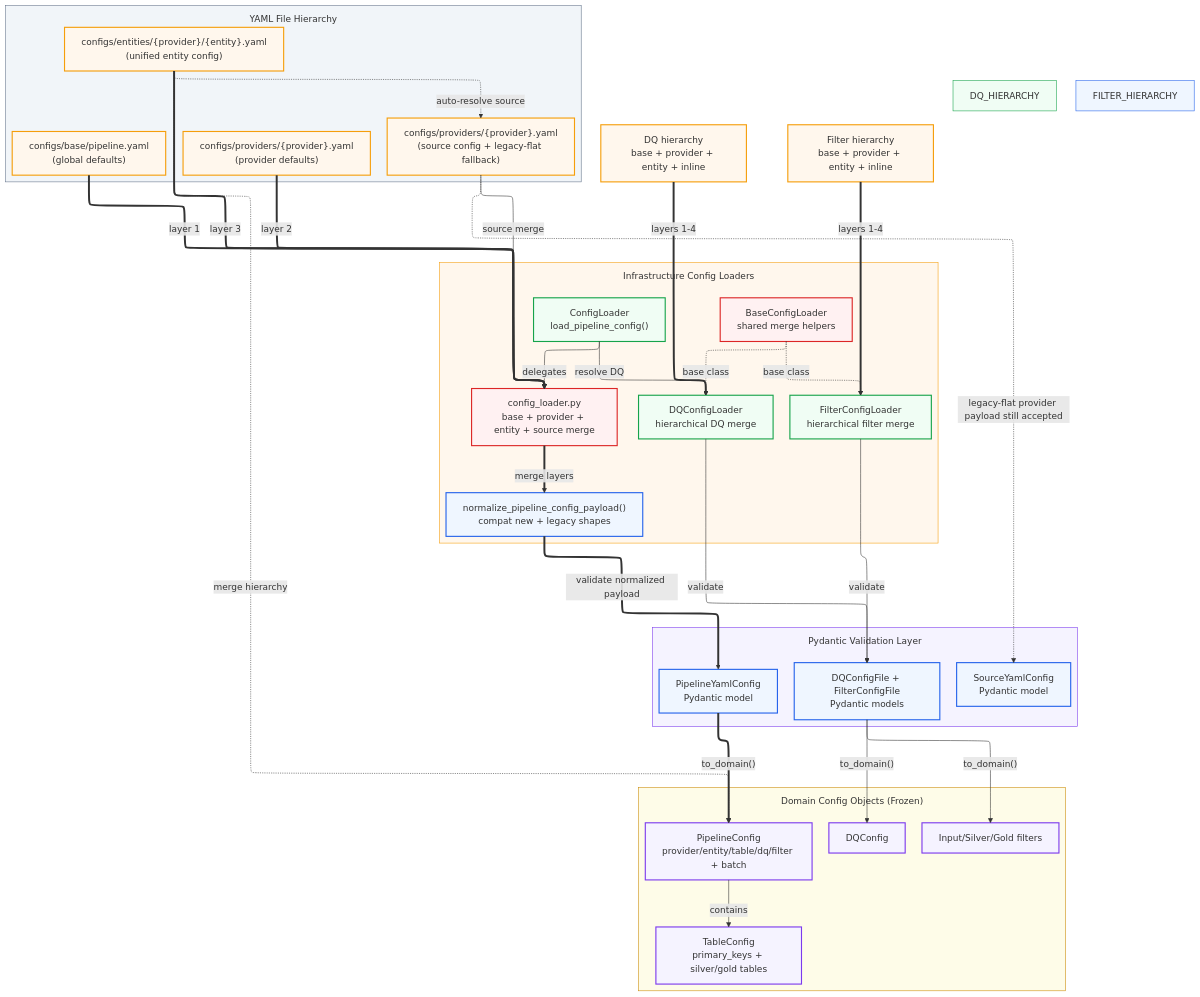
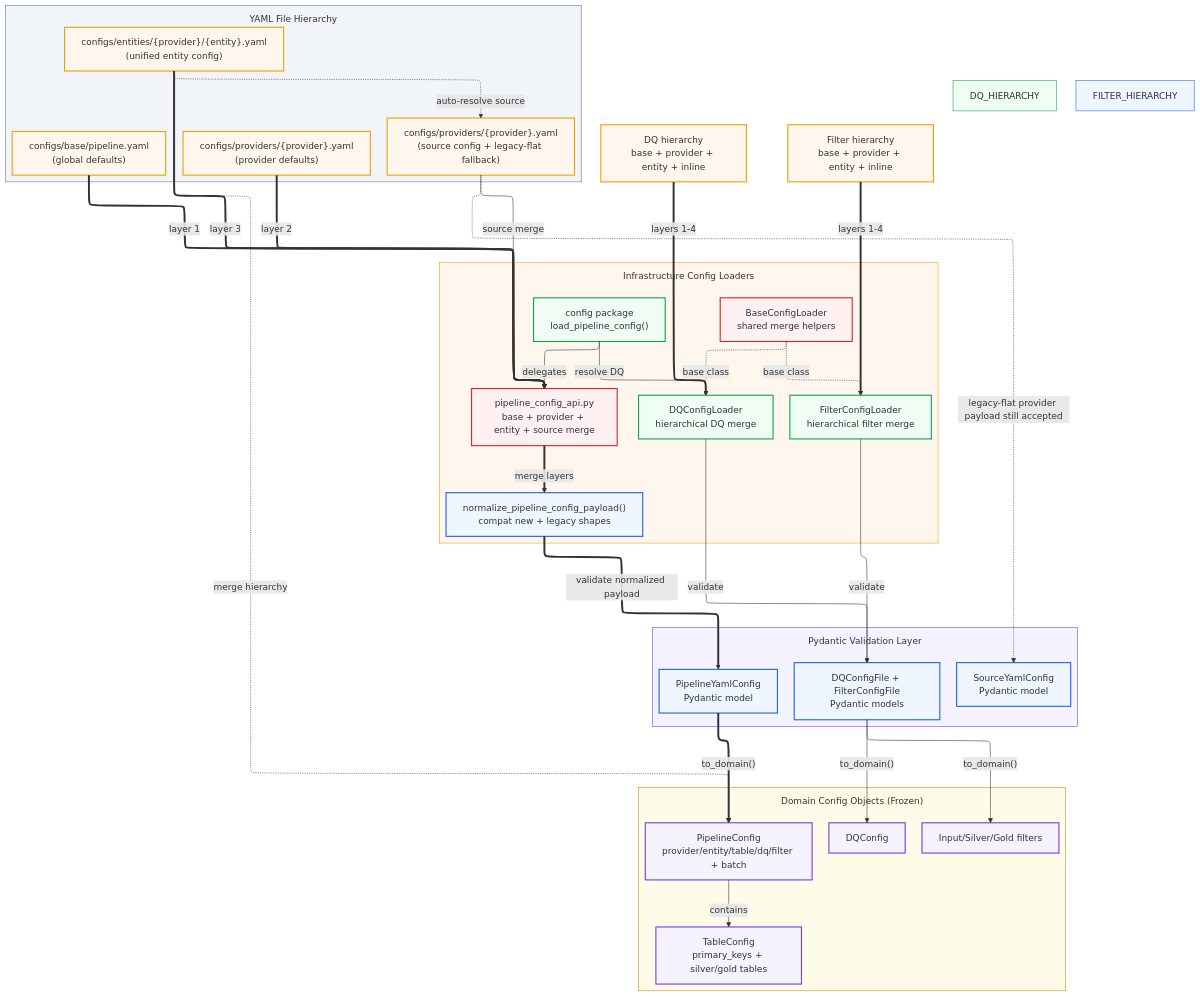
One commit to SatoryKono/BioactivityDataAcquisition changed the diagram in docs/02-architecture/diagrams/foundation/46-yaml-config-resolution.mmd. Above: the diagram before and after it, drawn with Mermaid. The commit also changed 41 other files, not shown here.

First line of the commit message:
Remove legacy config_loader shim and update docs

```diff
--- a/docs/02-architecture/diagrams/foundation/46-yaml-config-resolution.mmd
+++ b/docs/02-architecture/diagrams/foundation/46-yaml-config-resolution.mmd
@@ -1,103 +1,103 @@
 %% Title: YAML Configuration Resolution Chain
-%% Covers: unified config path plus still-active normalization compatibility
+%% Covers: unified config path plus canonical staged normalization flow
 %% Rank: 21 (Score 7.38) — Hierarchical config merge underpins every pipeline
 %% Updated: 2026-03-16
 
 %% @version 1.1.0
 %% @date    2026-03-16
 %% @type    flowchart
 %% @level   Mixed (System / Component / Class)
 %% @nodes   18
 %% @png-scale 6
 %% @png-dpi   600
 
 %%{init: {'layout': 'elk', 'flowchart': {'subGraphTitleMargin': {'top': 12, 'bottom': 12}}, 'elk': {'mergeEdges': true, 'nodePlacementStrategy': 'BRANDES_KOEPF', 'edgeRouting': 'ORTHOGONAL'}}}%%
 %% @uniform width=496 height=128 max_title_len=49 max_desc_lines=5
 flowchart TD
 %% keep-orphan: SOURCE_YAML_CFG, LEGACY_NORMALIZE
     subgraph YAML_FILES["YAML File Hierarchy"]
         direction TB
         BASE["configs/base/pipeline.yaml<br/>(global defaults)"]
         PROVIDER_BASE["configs/providers/{provider}.yaml<br/>(provider defaults)"]
         PIPELINE["configs/entities/{provider}/{entity}.yaml<br/>(unified entity config)"]
         SOURCE["configs/providers/{provider}.yaml<br/>(source config + legacy-flat fallback)"]
     end
 
     DQ_HIER["DQ hierarchy<br/>base + provider + entity + inline"]:::size-md
     FILTER_HIER["Filter hierarchy<br/>base + provider + entity + inline"]:::size-md
 
     subgraph LOADERS["Infrastructure Config Loaders"]
         direction TB
-        CONFIG_LOADER["ConfigLoader<br/>load_pipeline_config()"]
+        CONFIG_LOADER["config package<br/>load_pipeline_config()"]
         BASE_CONFIG_LOADER["BaseConfigLoader<br/>shared merge helpers"]:::size-md
         DQ_CONFIG_LOADER["DQConfigLoader<br/>hierarchical DQ merge"]:::size-md
         FILTER_CONFIG_LOADER["FilterConfigLoader<br/>hierarchical filter merge"]:::size-md
-        YAML_LOADER["config_loader.py<br/>base + provider + entity + source merge"]:::size-md
+        YAML_LOADER["pipeline_config_api.py<br/>base + provider + entity + source merge"]:::size-md
         LEGACY_NORMALIZE["normalize_pipeline_config_payload()<br/>compat new + legacy shapes"]
     end
 
     subgraph DOMAIN_CONFIG["Domain Config Objects (Frozen)"]
         direction TB
         PIPELINE_CONFIG["PipelineConfig<br/>provider/entity/table/dq/filter + batch"]
         TABLE_CONFIG["TableConfig<br/>primary_keys + silver/gold tables"]
         DQ_CONFIG["DQConfig"]:::size-sm
         FILTER_CONFIG["Input/Silver/Gold filters"]:::size-sm
     end
 
     subgraph VALIDATION["Pydantic Validation Layer"]
         direction TB
         PIPELINE_YAML_CFG["PipelineYamlConfig<br/>Pydantic model"]
         SOURCE_YAML_CFG["SourceYamlConfig<br/>Pydantic model"]
         AUX_FILES["DQConfigFile + FilterConfigFile<br/>Pydantic models"]:::size-md
     end
 
     %% Pipeline config resolution
     BASE ==>|"layer 1"| YAML_LOADER
     PROVIDER_BASE ==>|"layer 2"| YAML_LOADER
     PIPELINE ==>|"layer 3"| YAML_LOADER
     SOURCE -->|"source merge"| YAML_LOADER
     YAML_LOADER ==>|"merge layers"| LEGACY_NORMALIZE
     LEGACY_NORMALIZE ==>|"validate normalized payload"| PIPELINE_YAML_CFG
     PIPELINE_YAML_CFG ==>|"to_domain()"| PIPELINE_CONFIG
     PIPELINE_CONFIG -->|"contains"| TABLE_CONFIG
 
     %% DQ resolution
     DQ_HIER ==>|"layers 1-4"| DQ_CONFIG_LOADER
     DQ_CONFIG_LOADER -->|"validate"| AUX_FILES
     AUX_FILES -->|"to_domain()"| DQ_CONFIG
 
     %% Filter resolution
     FILTER_HIER ==>|"layers 1-4"| FILTER_CONFIG_LOADER
     FILTER_CONFIG_LOADER -->|"validate"| AUX_FILES
     AUX_FILES -->|"to_domain()"| FILTER_CONFIG
 
     %% Inheritance
     BASE_CONFIG_LOADER -.->|"base class"| DQ_CONFIG_LOADER
     BASE_CONFIG_LOADER -.->|"base class"| FILTER_CONFIG_LOADER
     CONFIG_LOADER -->|"delegates"| YAML_LOADER
     CONFIG_LOADER -->|"resolve DQ"| DQ_CONFIG_LOADER
 
     %% Convention-based auto-resolution (ADR-029)
     PIPELINE -.->|"auto-resolve source"| SOURCE
     PIPELINE -.->|"merge hierarchy"| PIPELINE_CONFIG
     SOURCE -.->|"legacy-flat provider payload still accepted"| SOURCE_YAML_CFG
 
     %% Merge rules
     classDef storage fill:#fff7ed,stroke:#f59e0b,stroke-width:2px
     classDef adapter fill:#fff1f2,stroke:#dc2626,stroke-width:2px
     classDef service fill:#f0fdf4,stroke:#16a34a,stroke-width:2px
     classDef port fill:#f5f3ff,stroke:#7c3aed,stroke-width:2px
     classDef process fill:#eff6ff,stroke:#2563eb,stroke-width:2px
 
     class BASE,PROVIDER_BASE,PIPELINE,SOURCE,DQ_HIER,FILTER_HIER storage
     class CONFIG_LOADER,BASE_CONFIG_LOADER,DQ_CONFIG_LOADER,FILTER_CONFIG_LOADER,YAML_LOADER adapter
     class PIPELINE_CONFIG,TABLE_CONFIG,DQ_CONFIG,FILTER_CONFIG port
     class PIPELINE_YAML_CFG,SOURCE_YAML_CFG,AUX_FILES,LEGACY_NORMALIZE process
     class DQ_CONFIG_LOADER,FILTER_CONFIG_LOADER,CONFIG_LOADER service
 
     style YAML_FILES fill:#f1f5f9,stroke:#64748b
     style DQ_HIERARCHY fill:#f0fdf4,stroke:#16a34a
     style FILTER_HIERARCHY fill:#eff6ff,stroke:#2563eb
     style LOADERS fill:#fff7ed,stroke:#f59e0b
     style DOMAIN_CONFIG fill:#fefce8,stroke:#ca8a04
     style VALIDATION fill:#f5f3ff,stroke:#7c3aed
```
